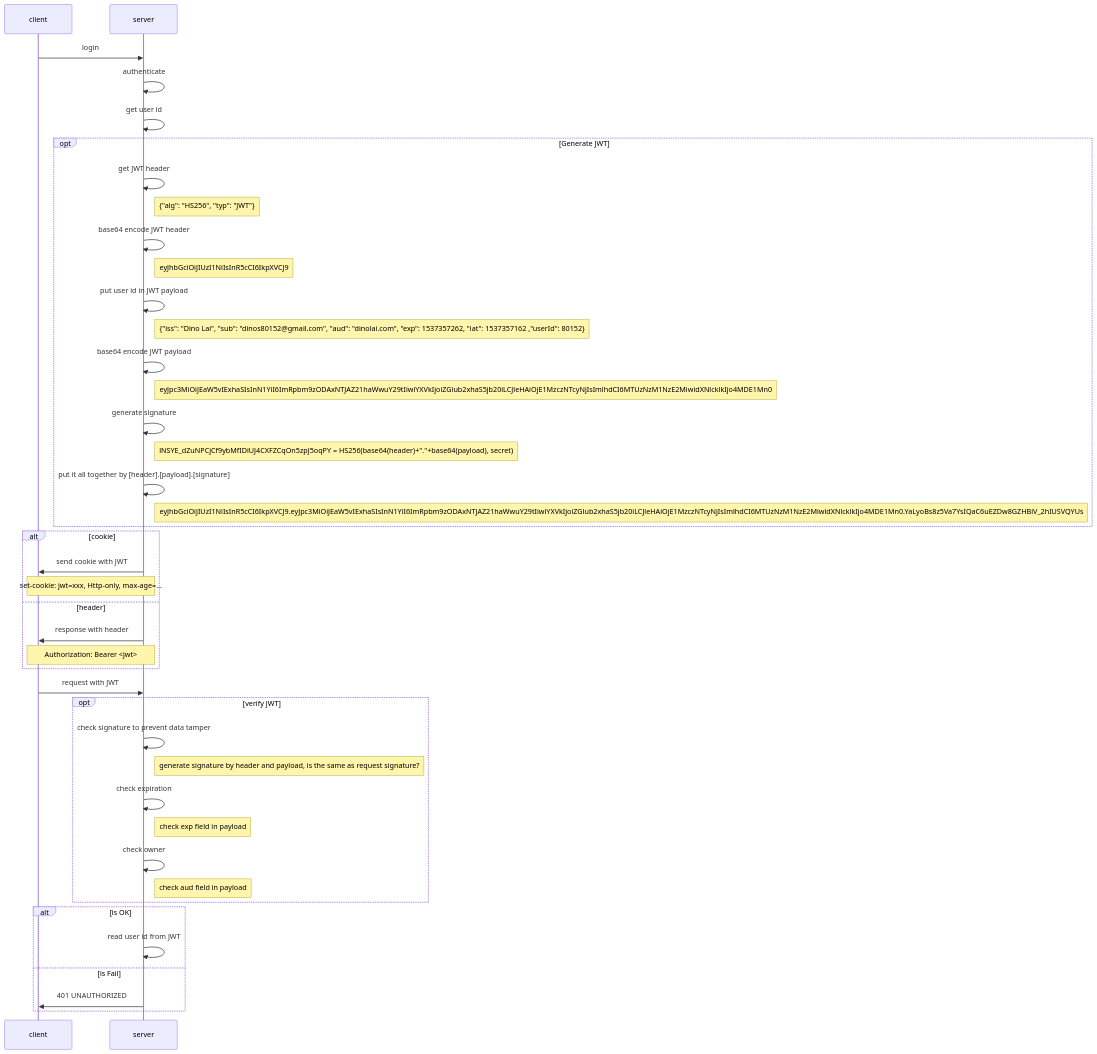
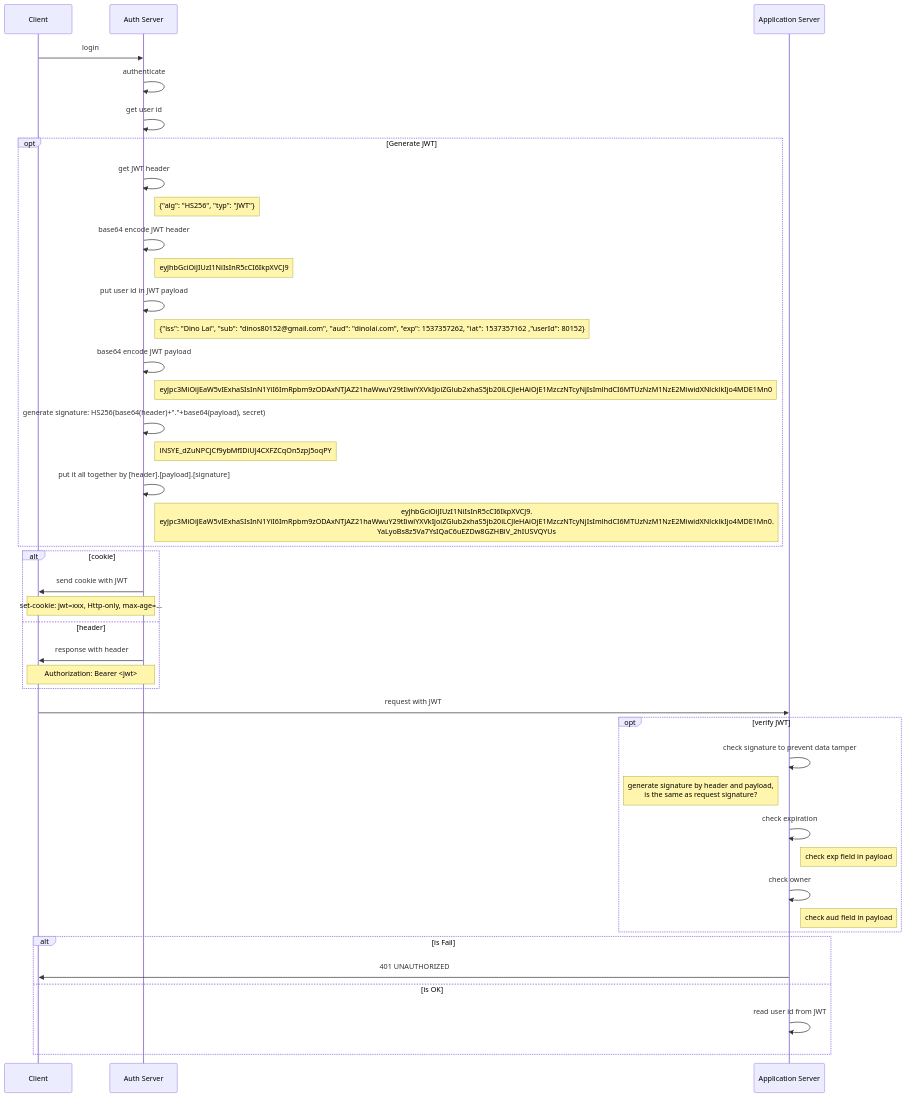
Before and after one commit to dinos80152/dinos80152.github.io: the diagram in _notes/web/jwt.md, drawn with Mermaid. The commit also changed other lines of this file and 61 other files, not shown here.

Commit message:
:sparkles: add mermaid js

````diff
--- a/_notes/web/jwt.md
+++ b/_notes/web/jwt.md
@@ -48,41 +48,41 @@
 ```mermaid
 sequenceDiagram
-client->>server: login
-server->>server: authenticate
-server->>server: get user id
+Client->>Auth Server: login
+Auth Server->>Auth Server: authenticate
+Auth Server->>Auth Server: get user id
 opt Generate JWT
-    server->>server: get JWT header
-    note right of server: {"alg": "HS256", "typ": "JWT"}
-    server->>server: base64 encode JWT header
-    note right of server: eyJhbGciOiJIUzI1NiIsInR5cCI6IkpXVCJ9
-    server->>server: put user id in JWT payload
-    note right of server: {"iss": "Dino Lai", "sub": "dinos80152@gmail.com", "aud": "dinolai.com", "exp": 1537357262, "iat": 1537357162 ,"userId": 80152}
-    server->>server: base64 encode JWT payload
-    note right of server: eyJpc3MiOiJEaW5vIExhaSIsInN1YiI6ImRpbm9zODAxNTJAZ21haWwuY29tIiwiYXVkIjoiZGlub2xhaS5jb20iLCJleHAiOjE1MzczNTcyNjIsImlhdCI6MTUzNzM1NzE2MiwidXNlcklkIjo4MDE1Mn0
-    server->>server: generate signature
-    note right of server:  lNSYE_dZuNPCjCf9ybMfIDiUJ4CXFZCqOn5zpJ5oqPY = HS256(base64(header)+"."+base64(payload), secret)
-    server->>server: put it all together by [header].[payload].[signature]
-    note right of server: eyJhbGciOiJIUzI1NiIsInR5cCI6IkpXVCJ9.eyJpc3MiOiJEaW5vIExhaSIsInN1YiI6ImRpbm9zODAxNTJAZ21haWwuY29tIiwiYXVkIjoiZGlub2xhaS5jb20iLCJleHAiOjE1MzczNTcyNjIsImlhdCI6MTUzNzM1NzE2MiwidXNlcklkIjo4MDE1Mn0.YaLyoBs8z5Va7YsIQaC6uEZDw8GZHBiV_2hIUSVQYUs
+    Auth Server->>Auth Server: get JWT header
+    note right of Auth Server: {"alg": "HS256", "typ": "JWT"}
+    Auth Server->>Auth Server: base64 encode JWT header
+    note right of Auth Server: eyJhbGciOiJIUzI1NiIsInR5cCI6IkpXVCJ9
+    Auth Server->>Auth Server: put user id in JWT payload
+    note right of Auth Server: {"iss": "Dino Lai", "sub": "dinos80152@gmail.com", "aud": "dinolai.com", "exp": 1537357262, "iat": 1537357162 ,"userId": 80152}
+    Auth Server->>Auth Server: base64 encode JWT payload
+    note right of Auth Server: eyJpc3MiOiJEaW5vIExhaSIsInN1YiI6ImRpbm9zODAxNTJAZ21haWwuY29tIiwiYXVkIjoiZGlub2xhaS5jb20iLCJleHAiOjE1MzczNTcyNjIsImlhdCI6MTUzNzM1NzE2MiwidXNlcklkIjo4MDE1Mn0
+    Auth Server->>Auth Server: generate signature: HS256(base64(header)+"."+base64(payload), secret)
+    note right of Auth Server:  lNSYE_dZuNPCjCf9ybMfIDiUJ4CXFZCqOn5zpJ5oqPY
+    Auth Server->>Auth Server: put it all together by [header].[payload].[signature]
+    note right of Auth Server: eyJhbGciOiJIUzI1NiIsInR5cCI6IkpXVCJ9.<br/>eyJpc3MiOiJEaW5vIExhaSIsInN1YiI6ImRpbm9zODAxNTJAZ21haWwuY29tIiwiYXVkIjoiZGlub2xhaS5jb20iLCJleHAiOjE1MzczNTcyNjIsImlhdCI6MTUzNzM1NzE2MiwidXNlcklkIjo4MDE1Mn0.<br/>YaLyoBs8z5Va7YsIQaC6uEZDw8GZHBiV_2hIUSVQYUs
 end
 alt cookie
-    server->>client: send cookie with JWT
-    note over client, server: set-cookie: jwt=xxx, Http-only, max-age=...
-    else header
-    server->>client: response with header
-    note over client, server: Authorization: Bearer <jwt>
+    Auth Server->>Client: send cookie with JWT
+    note over Client, Auth Server: set-cookie: jwt=xxx, Http-only, max-age=...
+else header
+    Auth Server->>Client: response with header
+    note over Client, Auth Server: Authorization: Bearer <jwt>
 end
-client->>server: request with JWT
+Client->>Application Server: request with JWT
 opt verify JWT
-    server->>server: check signature to prevent data tamper
-    note right of server: generate signature by header and payload, is the same as request signature?
-    server->>server: check expiration
-    note right of server: check exp field in payload
-    server->>server: check owner
-    note right of server: check aud field in payload
+    Application Server->>Application Server: check signature to prevent data tamper
+    note left of Application Server: generate signature by header and payload,<br/> is the same as request signature?
+    Application Server->>Application Server: check expiration
+    note right of Application Server: check exp field in payload
+    Application Server->>Application Server: check owner
+    note right of Application Server: check aud field in payload
 end
-alt is OK
-    server->>server: read user id from JWT
-else is Fail
-    server->>client: 401 UNAUTHORIZED
+alt is Fail
+    Application Server->>Client: 401 UNAUTHORIZED
+else is OK
+    Application Server->>Application Server: read user id from JWT
 end
 ```
````
